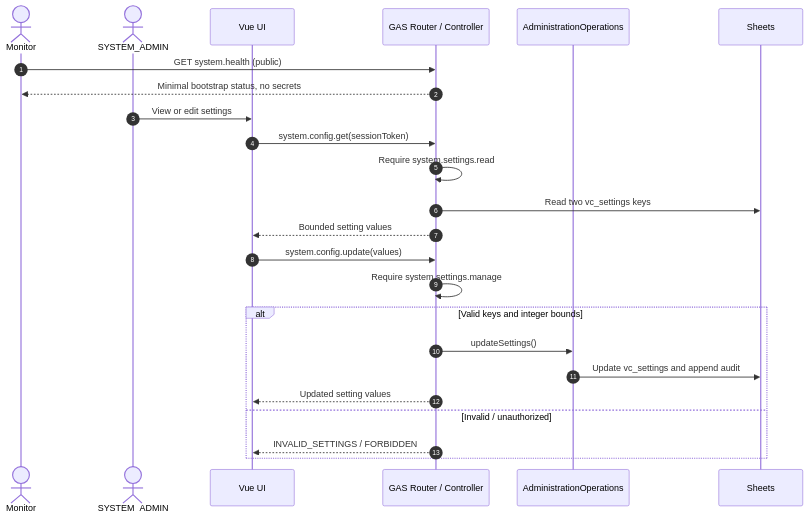
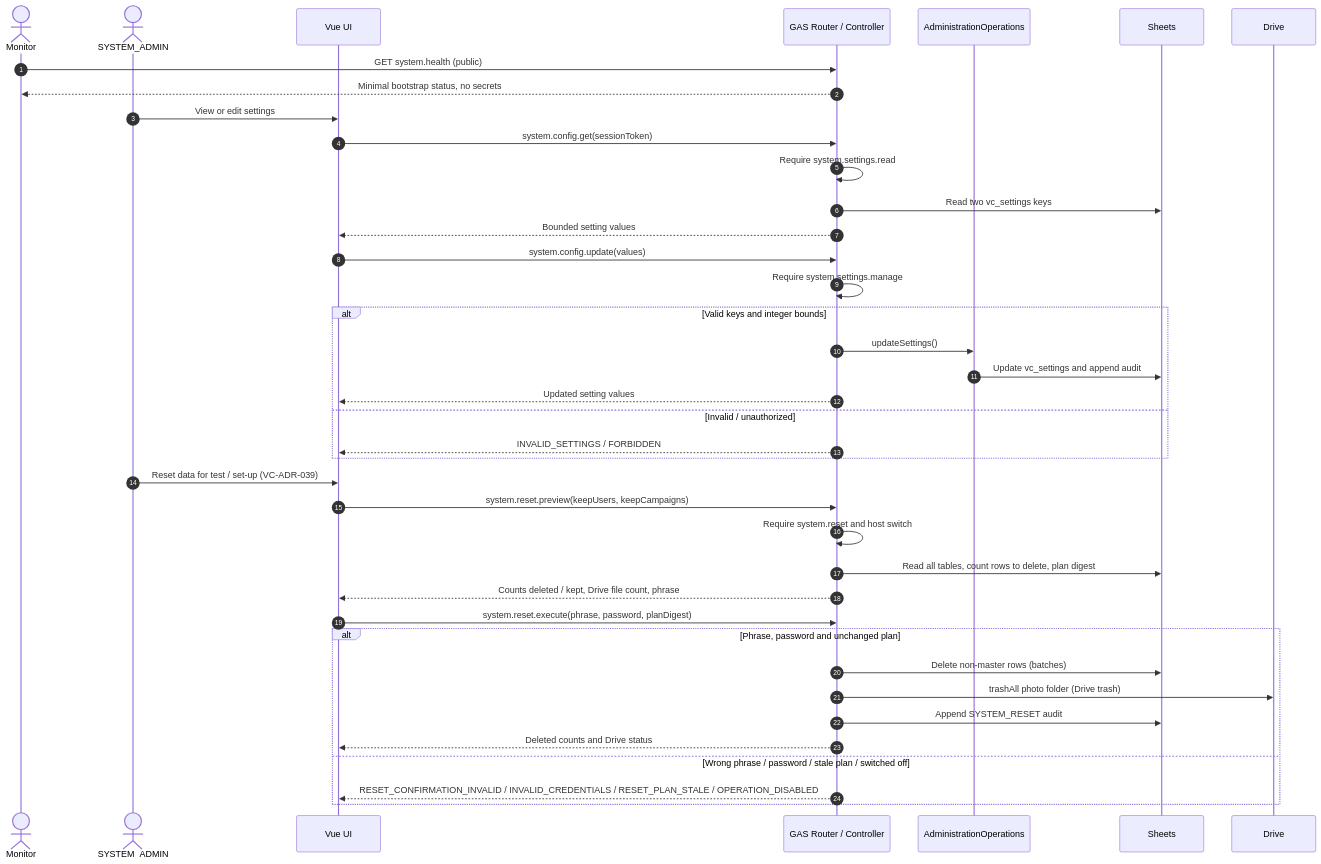
The diagram in apps/vehicle-contact/docs/use-cases/UC-ADMIN-03/sequence.mmd (idev006/MT-Agency-Super-App-Framework), drawn with Mermaid before and after one commit. The commit also changed 42 other files, not shown here.

First line of the commit message:
feat(p6vc): system reset for test / set-up — preview -> phrase + password -> delete all but master tables (+users by default); Drive photos to trash; off unless host enables (BE 0.9.34 / FE 0.9.16) (#224)

```diff
--- a/apps/vehicle-contact/docs/use-cases/UC-ADMIN-03/sequence.mmd
+++ b/apps/vehicle-contact/docs/use-cases/UC-ADMIN-03/sequence.mmd
@@ -1,24 +1,38 @@
 sequenceDiagram
   autonumber
   actor Monitor
   actor Admin as SYSTEM_ADMIN
   participant FE as Vue UI
   participant API as GAS Router / Controller
   participant Settings as AdministrationOperations
   participant DB as Sheets
   Monitor->>API: GET system.health (public)
   API-->>Monitor: Minimal bootstrap status, no secrets
   Admin->>FE: View or edit settings
   FE->>API: system.config.get(sessionToken)
   API->>API: Require system.settings.read
   API->>DB: Read two vc_settings keys
   API-->>FE: Bounded setting values
   FE->>API: system.config.update(values)
   API->>API: Require system.settings.manage
   alt Valid keys and integer bounds
     API->>Settings: updateSettings()
     Settings->>DB: Update vc_settings and append audit
     API-->>FE: Updated setting values
   else Invalid / unauthorized
     API-->>FE: INVALID_SETTINGS / FORBIDDEN
   end
+  Admin->>FE: Reset data for test / set-up (VC-ADR-039)
+  FE->>API: system.reset.preview(keepUsers, keepCampaigns)
+  API->>API: Require system.reset and host switch
+  API->>DB: Read all tables, count rows to delete, plan digest
+  API-->>FE: Counts deleted / kept, Drive file count, phrase
+  FE->>API: system.reset.execute(phrase, password, planDigest)
+  alt Phrase, password and unchanged plan
+    API->>DB: Delete non-master rows (batches)
+    API->>Drive: trashAll photo folder (Drive trash)
+    API->>DB: Append SYSTEM_RESET audit
+    API-->>FE: Deleted counts and Drive status
+  else Wrong phrase / password / stale plan / switched off
+    API-->>FE: RESET_CONFIRMATION_INVALID / INVALID_CREDENTIALS / RESET_PLAN_STALE / OPERATION_DISABLED
+  end
```
